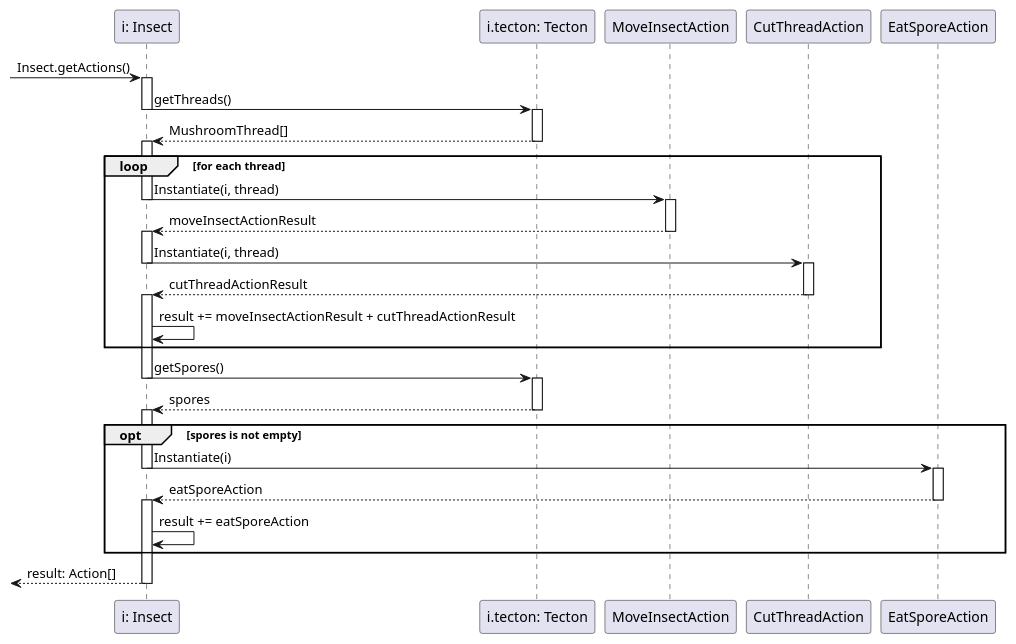
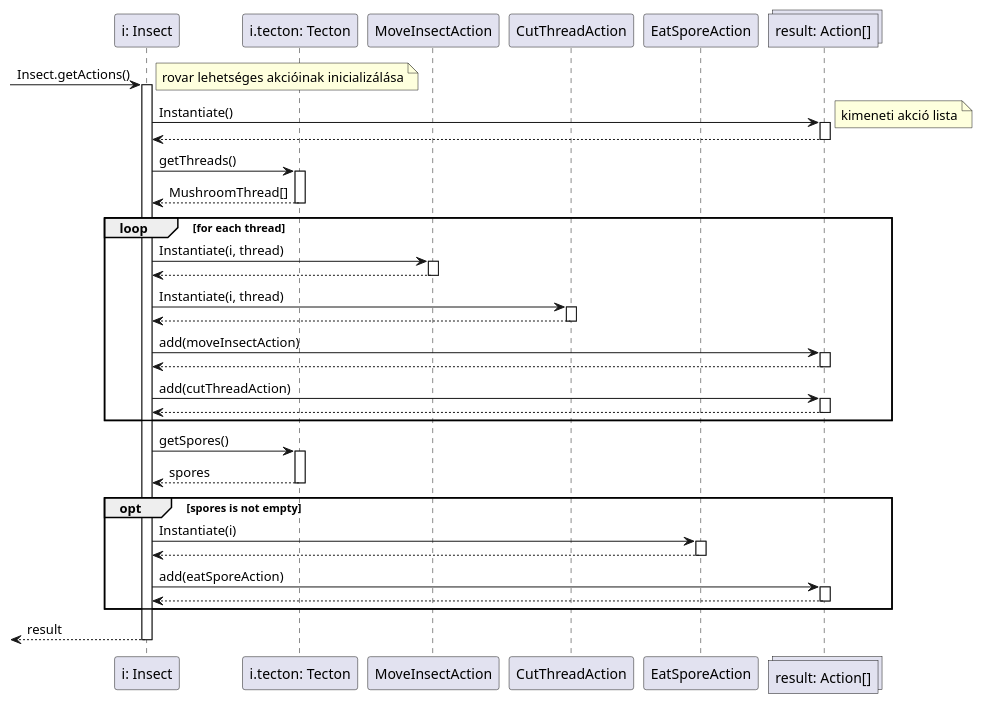
One commit to dzsem/projlab changed the diagram in diagrams/sequence/insect/getActions.plantuml. Above: the diagram before and after it, drawn with PlantUML. The commit also changed 17 other files, not shown here.

Commit message:
Patch diagrams round 1

```diff
--- a/diagrams/sequence/insect/getActions.plantuml
+++ b/diagrams/sequence/insect/getActions.plantuml
@@ -1,65 +1,76 @@
 @startuml Insect.getActions
 
 participant "i: Insect" as insect
 participant "i.tecton: Tecton" as tecton
 participant "MoveInsectAction" as mi_action
 participant "CutThreadAction" as ct_action
 participant "EatSporeAction" as es_action
+collections "result: Action[]" as res
 
 -> insect: Insect.getActions()
 activate insect
+note right: rovar lehetséges akcióinak inicializálása
+
+insect -> res: Instantiate()
+activate res
+note right: kimeneti akció lista
+
+insect <-- res
+deactivate res
 
 insect -> tecton: getThreads()
-deactivate insect
 activate tecton
 
 insect <-- tecton: MushroomThread[]
 deactivate tecton
-activate insect
 
 loop for each thread
 
 	insect -> mi_action: Instantiate(i, thread)
-	deactivate insect
 	activate mi_action
 
-	insect <-- mi_action: moveInsectActionResult
+	insect <-- mi_action
 	deactivate mi_action
-	activate insect
+
 
 	insect -> ct_action: Instantiate(i, thread)
-	deactivate insect
 	activate ct_action
 
-	insect <-- ct_action: cutThreadActionResult
+	insect <-- ct_action
 	deactivate ct_action
-	activate insect
 
-	insect -> insect: result += moveInsectActionResult + cutThreadActionResult
+	insect -> res: add(moveInsectAction)
+	activate res
+	insect <-- res
+	deactivate res
+
+	insect -> res: add(cutThreadAction)
+	activate res
+	insect <-- res
+	deactivate res
 
 end
 
 insect -> tecton: getSpores()
-deactivate insect
 activate tecton
 
 insect <-- tecton: spores
 deactivate tecton
-activate insect
 
 opt spores is not empty
 	insect -> es_action: Instantiate(i)
-	deactivate insect
 	activate es_action
 
-	insect <-- es_action: eatSporeAction
+	insect <-- es_action
 	deactivate es_action
-	activate insect
 
-	insect -> insect: result += eatSporeAction
+	insect -> res: add(eatSporeAction)
+	activate res
+	insect <-- res
+	deactivate res
 end
 
-<-- insect: result: Action[]
+<-- insect: result
 deactivate insect
 
 @enduml
```
